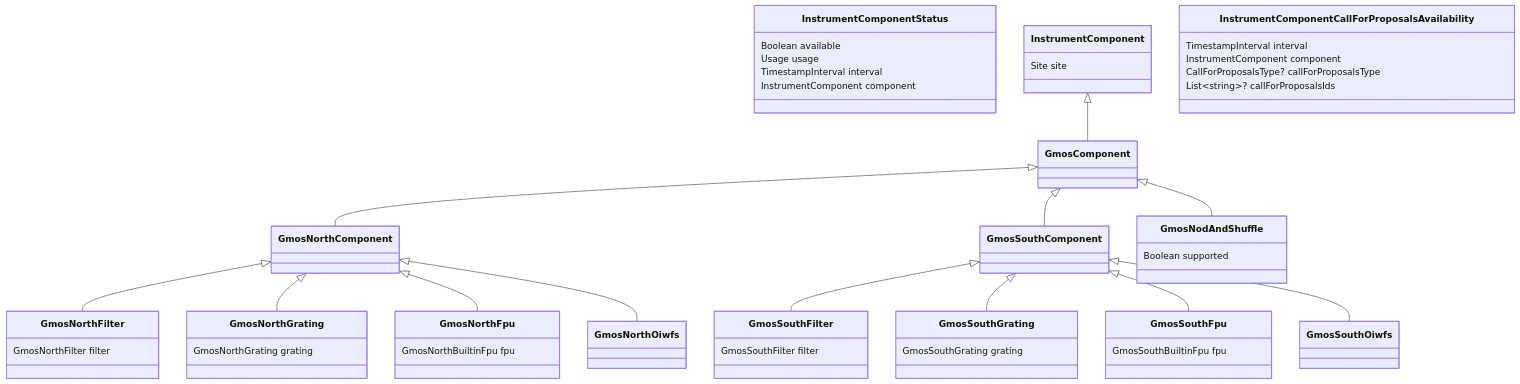
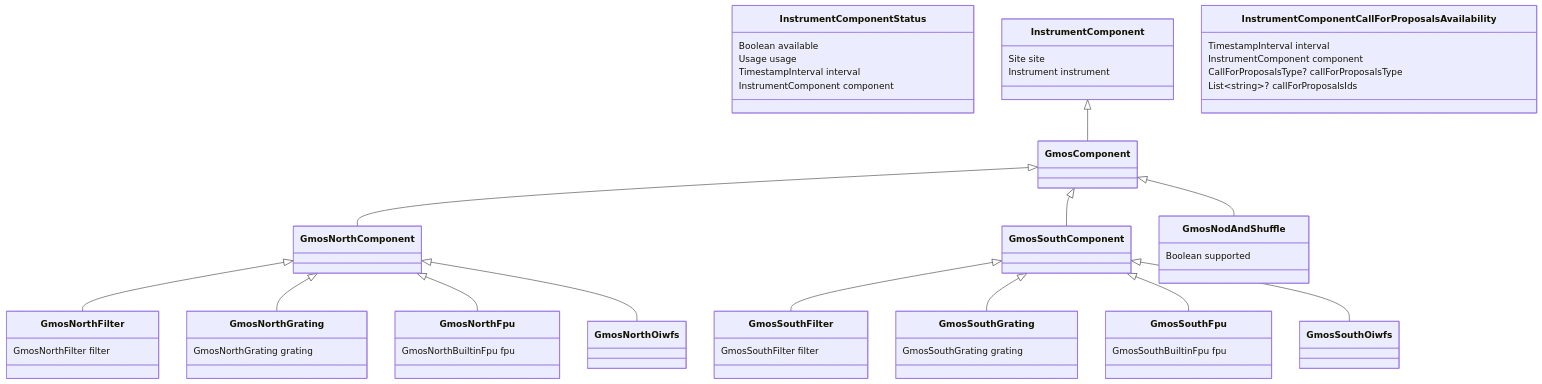
Before and after one commit to gemini-hlsw/lucuma-odb: the fourth of 6 diagrams in docs/resource/calendar-domain-model.md, drawn with Mermaid. The commit also changed other lines of this file, not shown here.

````diff
--- a/docs/resource/calendar-domain-model.md
+++ b/docs/resource/calendar-domain-model.md
@@ -134,72 +140,73 @@
 ```mermaid
 classDiagram
 
     %% Component operational status.
     class InstrumentComponentStatus {
         Boolean available
         Usage usage
         TimestampInterval interval
         InstrumentComponent component
     }
 
     %% Base instrument component type.
     class InstrumentComponent {
         Site site
+        Instrument instrument
     }
 
     %% Base GMOS component grouping.
     class GmosComponent { }
     class GmosNorthComponent { }
     class GmosSouthComponent { }
 
     InstrumentComponent <|-- GmosComponent
     GmosComponent <|-- GmosNorthComponent
     GmosComponent <|-- GmosSouthComponent
 
     %% Shared GMOS component types.
     class GmosNodAndShuffle { Boolean supported }
 
     GmosComponent <|-- GmosNodAndShuffle
 
     %% GMOS North component types.
     class GmosNorthFilter {
         GmosNorthFilter filter
     }
     class GmosNorthGrating {
         GmosNorthGrating grating
     }
     class GmosNorthFpu {
         GmosNorthBuiltinFpu fpu
     }
     class GmosNorthOiwfs {}
 
     GmosNorthComponent <|-- GmosNorthFilter
     GmosNorthComponent <|-- GmosNorthGrating
     GmosNorthComponent <|-- GmosNorthFpu
     GmosNorthComponent <|-- GmosNorthOiwfs
 
     %% GMOS South component types.
     class GmosSouthFilter {
         GmosSouthFilter filter
          }
     class GmosSouthGrating {
         GmosSouthGrating grating
         }
     class GmosSouthFpu {
         GmosSouthBuiltinFpu fpu
         }
     class GmosSouthOiwfs {}
 
     GmosSouthComponent <|-- GmosSouthFilter
     GmosSouthComponent <|-- GmosSouthGrating
     GmosSouthComponent <|-- GmosSouthFpu
     GmosSouthComponent <|-- GmosSouthOiwfs
 
     %% Time-windowed inclusion of a component in proposal calls.
     class InstrumentComponentCallForProposalsAvailability {
         TimestampInterval interval
         InstrumentComponent component
         CallForProposalsType? callForProposalsType
         List~string~? callForProposalsIds
     }
 ```
````
